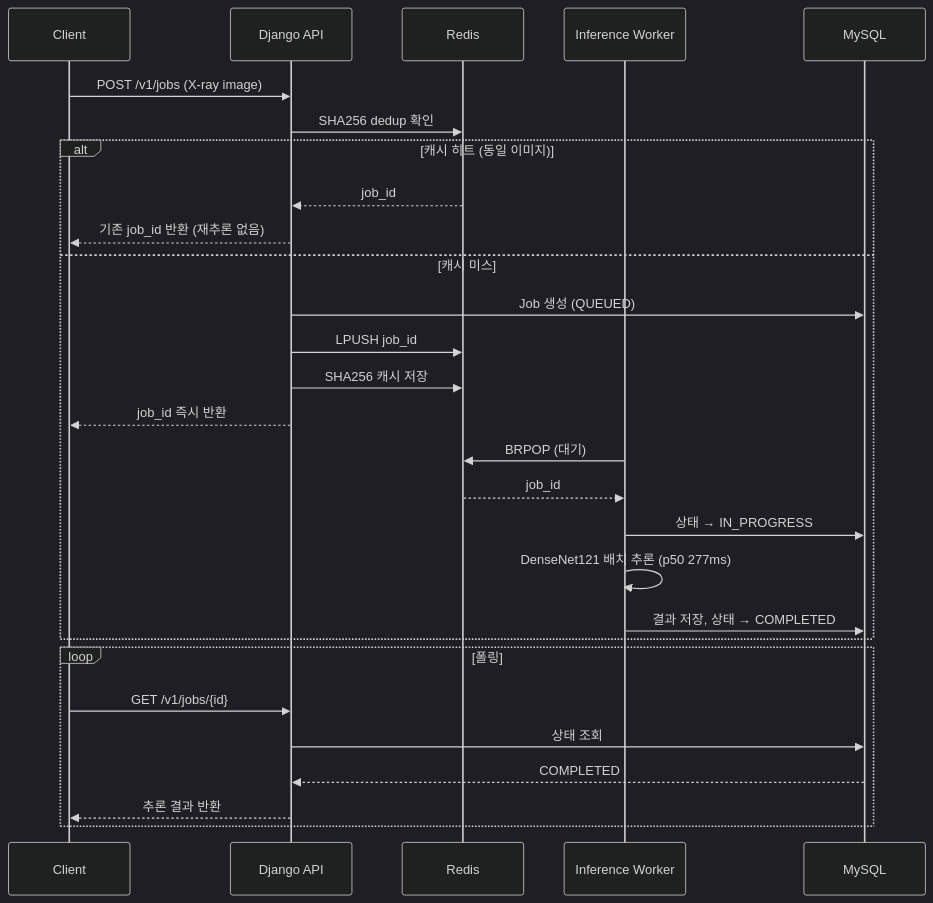
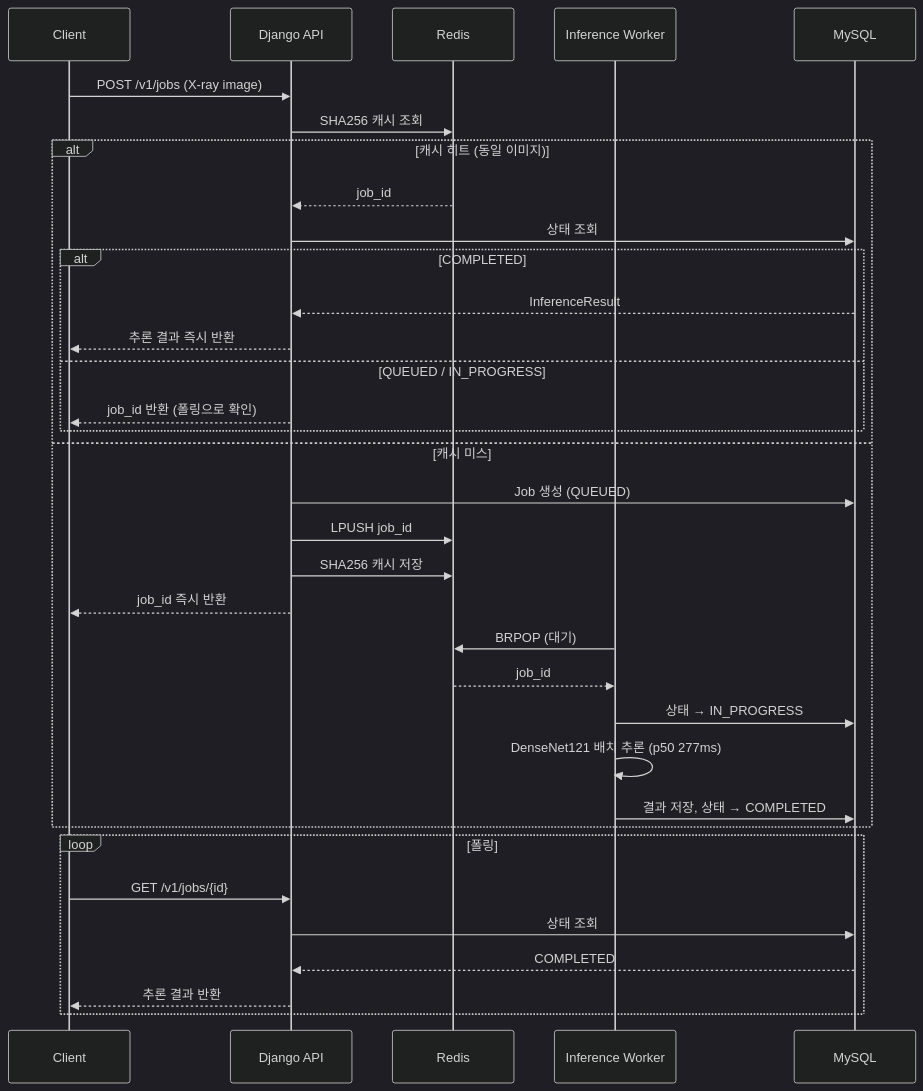
The second of 2 diagrams in README.md (xxjiinn/medical-inference-platform), drawn with Mermaid (dark theme) before and after one commit. The commit also changed other lines of this file, not shown here.

Commit message:
:bulb: update system flow

````diff
--- a/README.md
+++ b/README.md
@@ -80,34 +52,40 @@
 ```mermaid
 sequenceDiagram
     participant C as Client
     participant API as Django API
     participant R as Redis
     participant W as Inference Worker
     participant DB as MySQL
 
     C->>API: POST /v1/jobs (X-ray image)
-    API->>R: SHA256 dedup 확인
+    API->>R: SHA256 캐시 조회
 
     alt 캐시 히트 (동일 이미지)
         R-->>API: job_id
-        API-->>C: 기존 job_id 반환 (재추론 없음)
+        API->>DB: 상태 조회
+        alt COMPLETED
+            DB-->>API: InferenceResult
+            API-->>C: 추론 결과 즉시 반환
+        else QUEUED / IN_PROGRESS
+            API-->>C: job_id 반환 (폴링으로 확인)
+        end
     else 캐시 미스
         API->>DB: Job 생성 (QUEUED)
         API->>R: LPUSH job_id
         API->>R: SHA256 캐시 저장
         API-->>C: job_id 즉시 반환
 
         W->>R: BRPOP (대기)
         R-->>W: job_id
         W->>DB: 상태 → IN_PROGRESS
         W->>W: DenseNet121 배치 추론 (p50 277ms)
         W->>DB: 결과 저장, 상태 → COMPLETED
     end
 
     loop 폴링
         C->>API: GET /v1/jobs/{id}
         API->>DB: 상태 조회
         DB-->>API: COMPLETED
         API-->>C: 추론 결과 반환
     end
 ```
````
